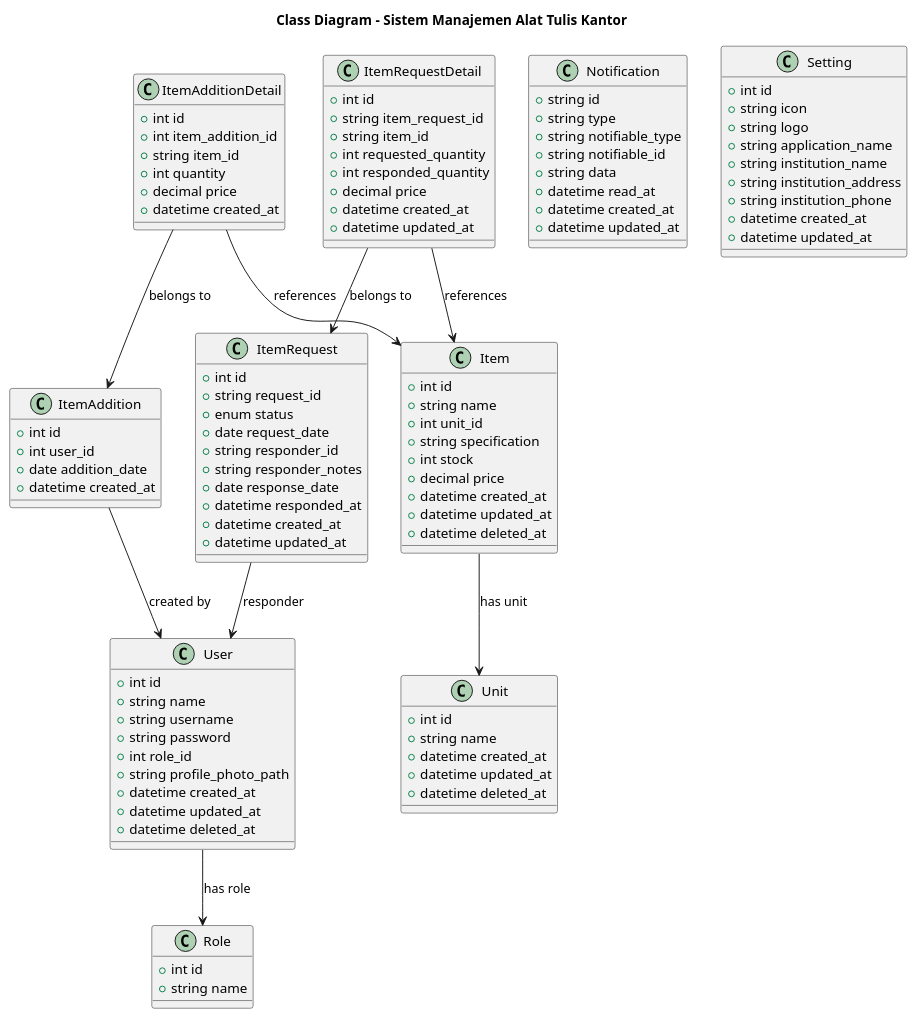
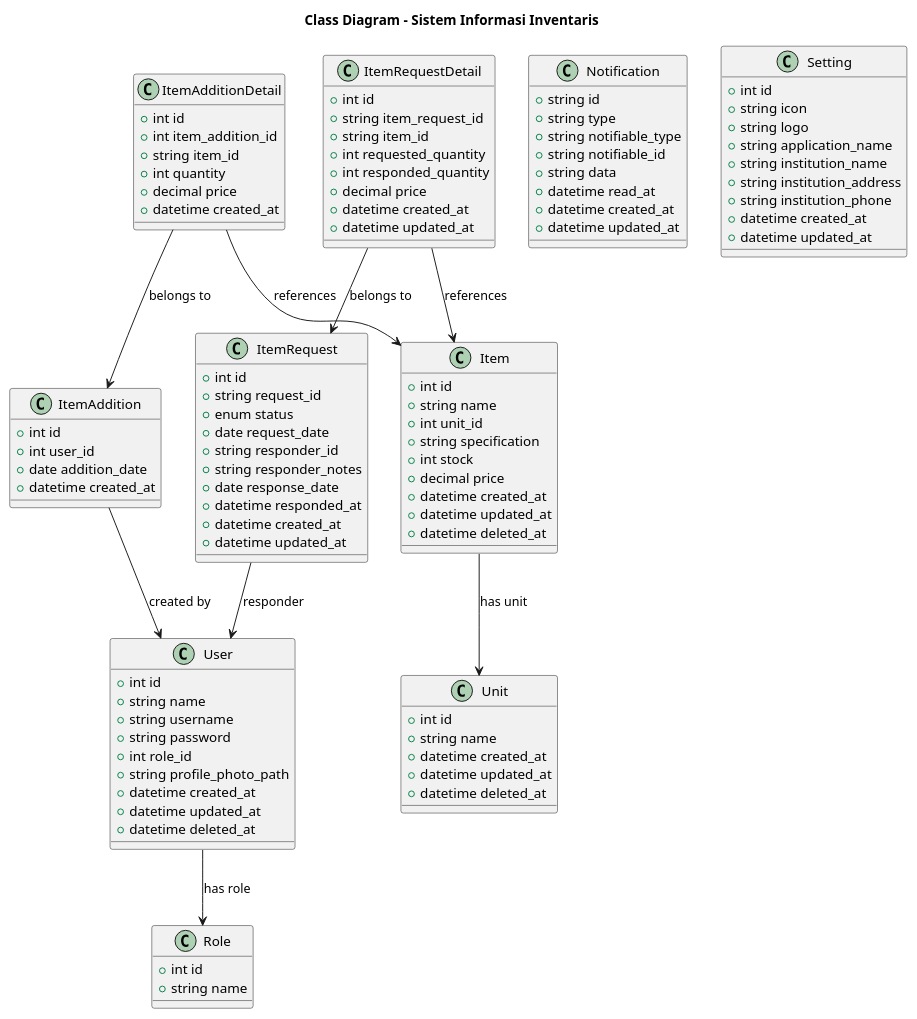
The diagram in docs/class.puml (juntralala/e-atk), drawn with PlantUML before and after one commit. The commit also changed 38 other files, not shown here.

```diff
--- a/docs/class.puml
+++ b/docs/class.puml
@@ -1,115 +1,115 @@
 @startuml Class Diagram
 
-title Class Diagram - Sistem Manajemen Alat Tulis Kantor
+title Class Diagram - Sistem Informasi Inventaris
 
 class Role  {
     +int id
     +string name
 }
 
 class User  {
     +int id
     +string name
     +string username
     +string password
     +int role_id
     +string profile_photo_path
     +datetime created_at
     +datetime updated_at
     +datetime deleted_at
 }
 
 class ItemAddition {
     +int id
     +int user_id
     +date addition_date
     +datetime created_at
 }
 
 class ItemAdditionDetail {
     +int id
     +int item_addition_id
     +string item_id
     +int quantity
     +decimal price
     +datetime created_at
 }
 
 class Item  {
     +int id
     +string name
     +int unit_id
     +string specification
     +int stock
     +decimal price
     +datetime created_at
     +datetime updated_at
     +datetime deleted_at
 }
 
 class Unit  {
     +int id
     +string name
     +datetime created_at
     +datetime updated_at
     +datetime deleted_at
 }
 
 class ItemRequest {
     +int id
     +string request_id
     +enum status
     +date request_date
     +string responder_id
     +string responder_notes
     +date response_date
     +datetime responded_at
     +datetime created_at
     +datetime updated_at
 }
 
 class ItemRequestDetail {
     +int id
     +string item_request_id
     +string item_id
     +int requested_quantity
     +int responded_quantity
     +decimal price
     +datetime created_at
     +datetime updated_at
 }
 
 class Notification {
     +string id
     +string type
     +string notifiable_type
     +string notifiable_id
     +string data
     +datetime read_at
     +datetime created_at
     +datetime updated_at
 }
 
 class Setting {
     +int id
     +string icon
     +string logo
     +string application_name
     +string institution_name
     +string institution_address
     +string institution_phone
     +datetime created_at
     +datetime updated_at
 }
 
 ' Relationships
 User --> Role : has role
 ItemAddition --> User : created by
 ItemAdditionDetail --> ItemAddition : belongs to
 ItemAdditionDetail --> Item : references
 Item --> Unit : has unit
 ItemRequest --> User : responder
 ItemRequestDetail --> ItemRequest : belongs to
 ItemRequestDetail --> Item : references
 
 @enduml
```
